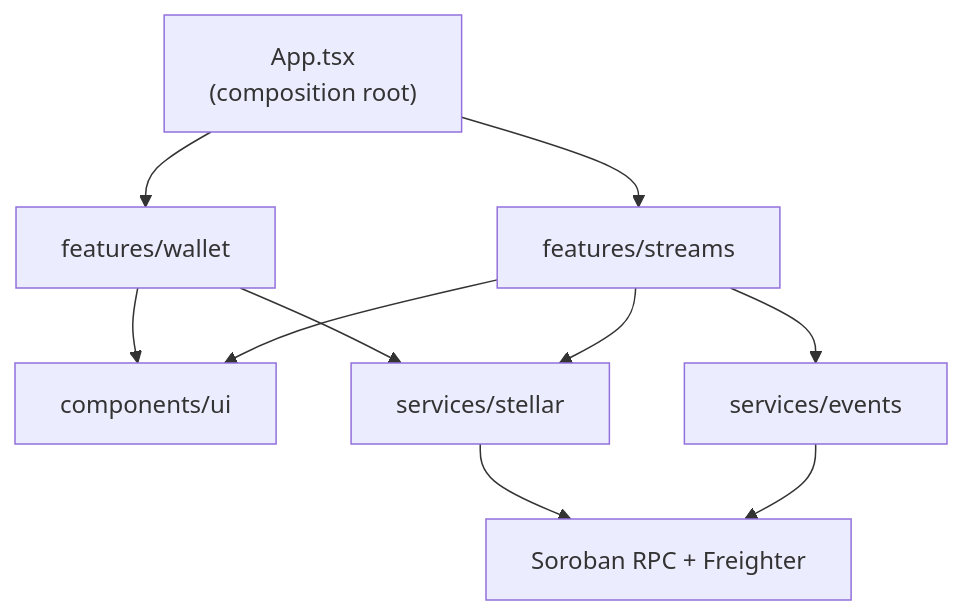
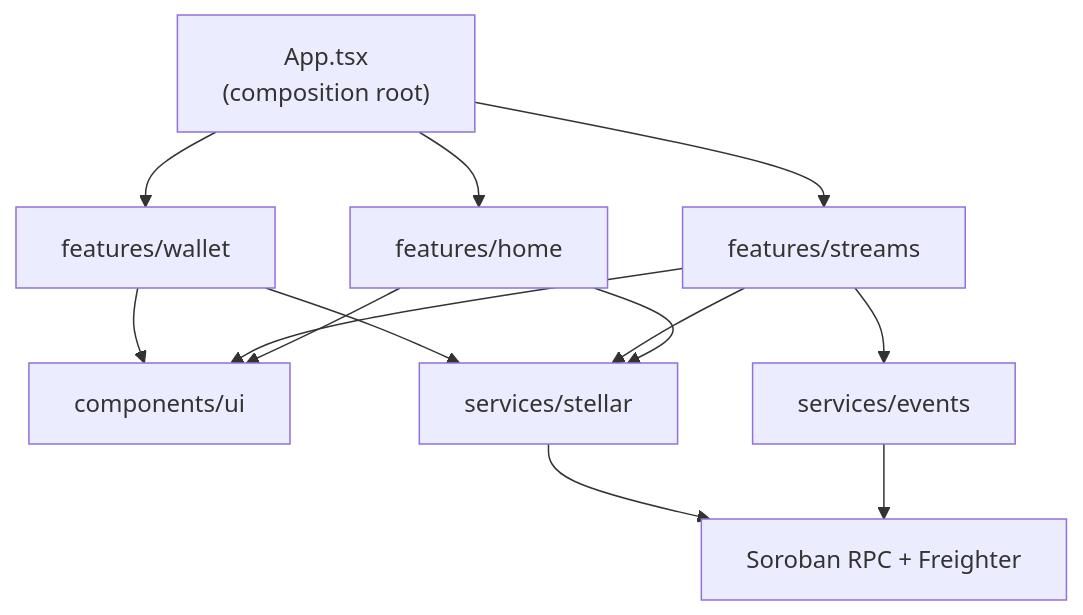
One commit to Hermit210/streampay changed the fourth of 4 diagrams in README.md. Above: the diagram before and after it, drawn with Mermaid. The commit also changed other lines of this file and 2 other files, not shown here.

````diff
--- a/README.md
+++ b/README.md
@@ -213,12 +232,15 @@
 ```mermaid
 flowchart TD
     App["App.tsx\n(composition root)"] --> Wallet["features/wallet"]
     App --> Streams["features/streams"]
+    App --> Home["features/home"]
     Wallet --> UIKit["components/ui"]
     Streams --> UIKit
+    Home --> UIKit
     Wallet --> SvcStellar["services/stellar"]
     Streams --> SvcStellar
+    Home --> SvcStellar
     Streams --> SvcEvents["services/events"]
     SvcStellar --> Net["Soroban RPC + Freighter"]
     SvcEvents --> Net
 ```
````
